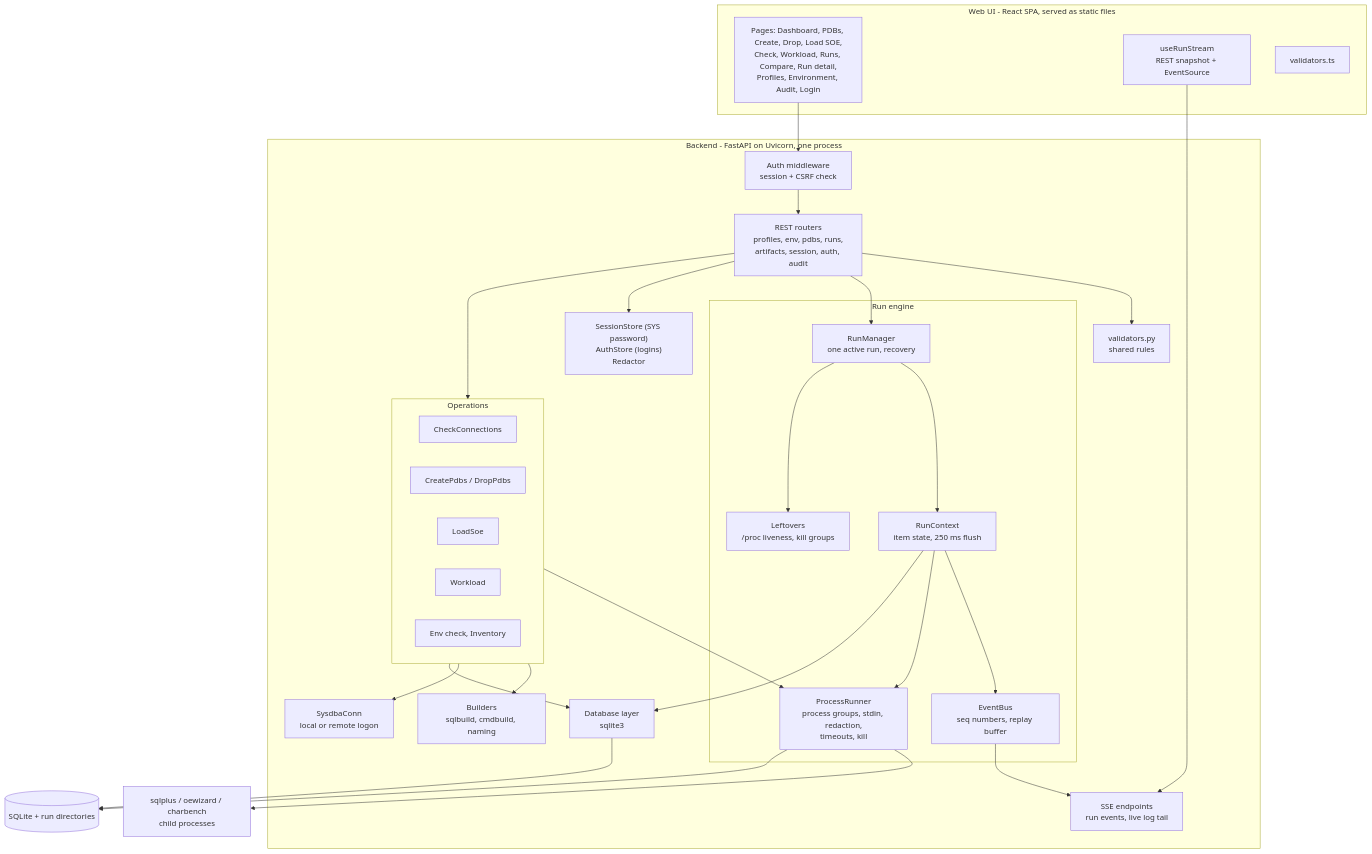
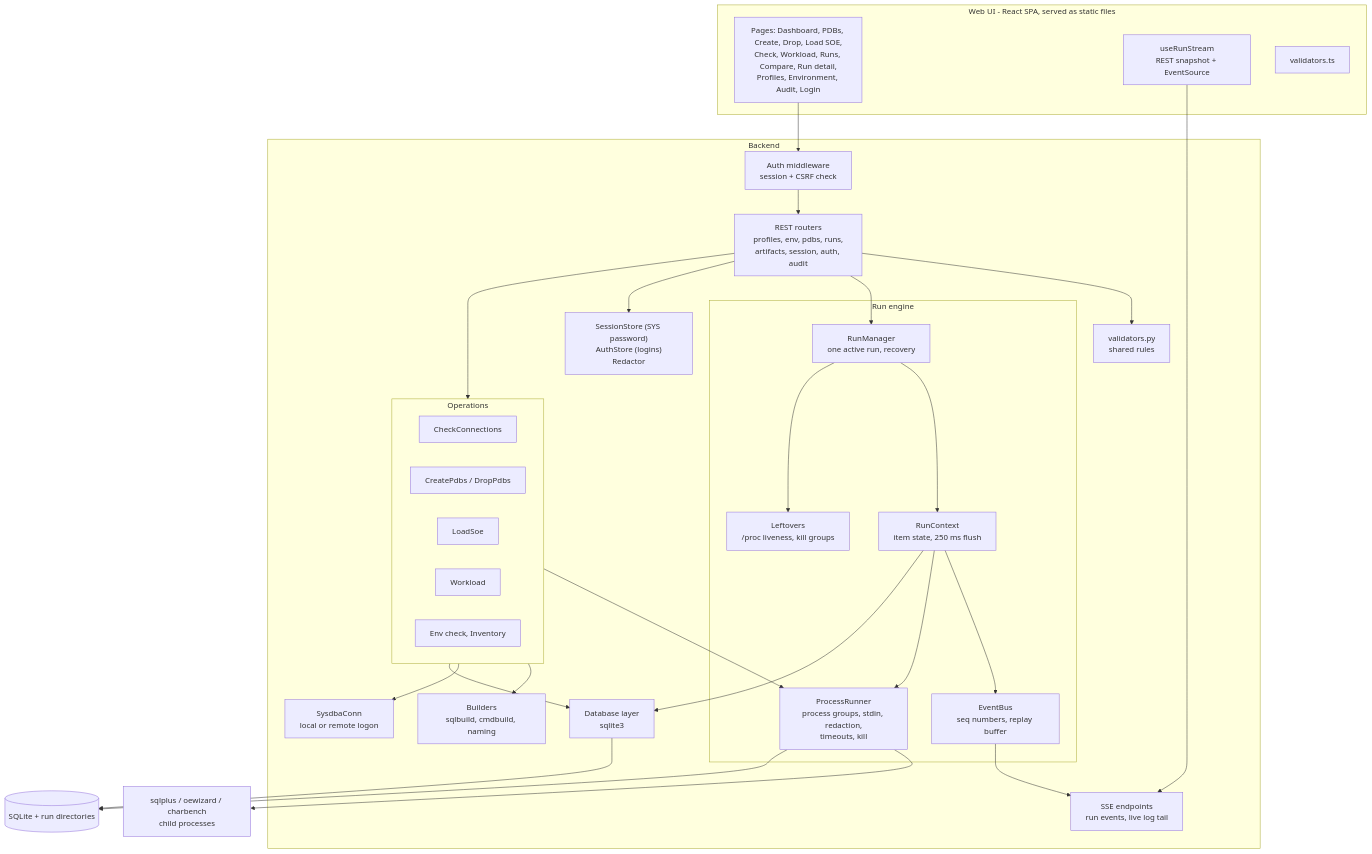
One commit to paulofp79/EasyOracleWorkloadCreation changed the sixth of 24 diagrams in docs/IT-ARCHITECTURE.md. Above: the diagram before and after it, drawn with Mermaid. The commit also changed other lines of this file and 24 other files, not shown here.

First line of the commit message:
docs: PNG exports of the IT architecture diagrams

````diff
--- a/docs/IT-ARCHITECTURE.md
+++ b/docs/IT-ARCHITECTURE.md
@@ -193,52 +194,52 @@
 ```mermaid
 flowchart TB
     subgraph FE["Web UI - React SPA, served as static files"]
         PAGES["Pages: Dashboard, PDBs, Create, Drop, Load SOE,<br/>Check, Workload, Runs, Compare, Run detail,<br/>Profiles, Environment, Audit, Login"]
         STREAM["useRunStream<br/>REST snapshot + EventSource"]
         VALTS["validators.ts"]
     end
-    subgraph BE["Backend - FastAPI on Uvicorn, one process"]
+    subgraph BE["Backend"]
         MW["Auth middleware<br/>session + CSRF check"]
         API["REST routers<br/>profiles, env, pdbs, runs,<br/>artifacts, session, auth, audit"]
         SSE["SSE endpoints<br/>run events, live log tail"]
         VAL["validators.py<br/>shared rules"]
         subgraph ENG["Run engine"]
             RM["RunManager<br/>one active run, recovery"]
             CTX["RunContext<br/>item state, 250 ms flush"]
             BUS["EventBus<br/>seq numbers, replay buffer"]
             PR["ProcessRunner<br/>process groups, stdin, redaction,<br/>timeouts, kill"]
             LO["Leftovers<br/>/proc liveness, kill groups"]
         end
         subgraph OPS["Operations"]
             OCHK["CheckConnections"]
             OCRE["CreatePdbs / DropPdbs"]
             OLOAD["LoadSoe"]
             OWL["Workload"]
             OENV["Env check, Inventory"]
         end
         BLD["Builders<br/>sqlbuild, cmdbuild, naming"]
         SYS["SysdbaConn<br/>local or remote logon"]
         SEC["SessionStore (SYS password)<br/>AuthStore (logins)<br/>Redactor"]
         DBL["Database layer<br/>sqlite3"]
     end
     EXT["sqlplus / oewizard / charbench<br/>child processes"]
     STORE[("SQLite + run directories")]
 
     PAGES --> MW --> API
     STREAM --> SSE
     API --> VAL
     API --> RM
     API --> OPS
     RM --> CTX --> BUS --> SSE
     OPS --> BLD
     OPS --> SYS
     OPS --> PR
     CTX --> PR
     PR --> EXT
     RM --> LO
     API --> SEC
     OPS --> DBL
     CTX --> DBL
     DBL --> STORE
     PR --> STORE
 ```
````
